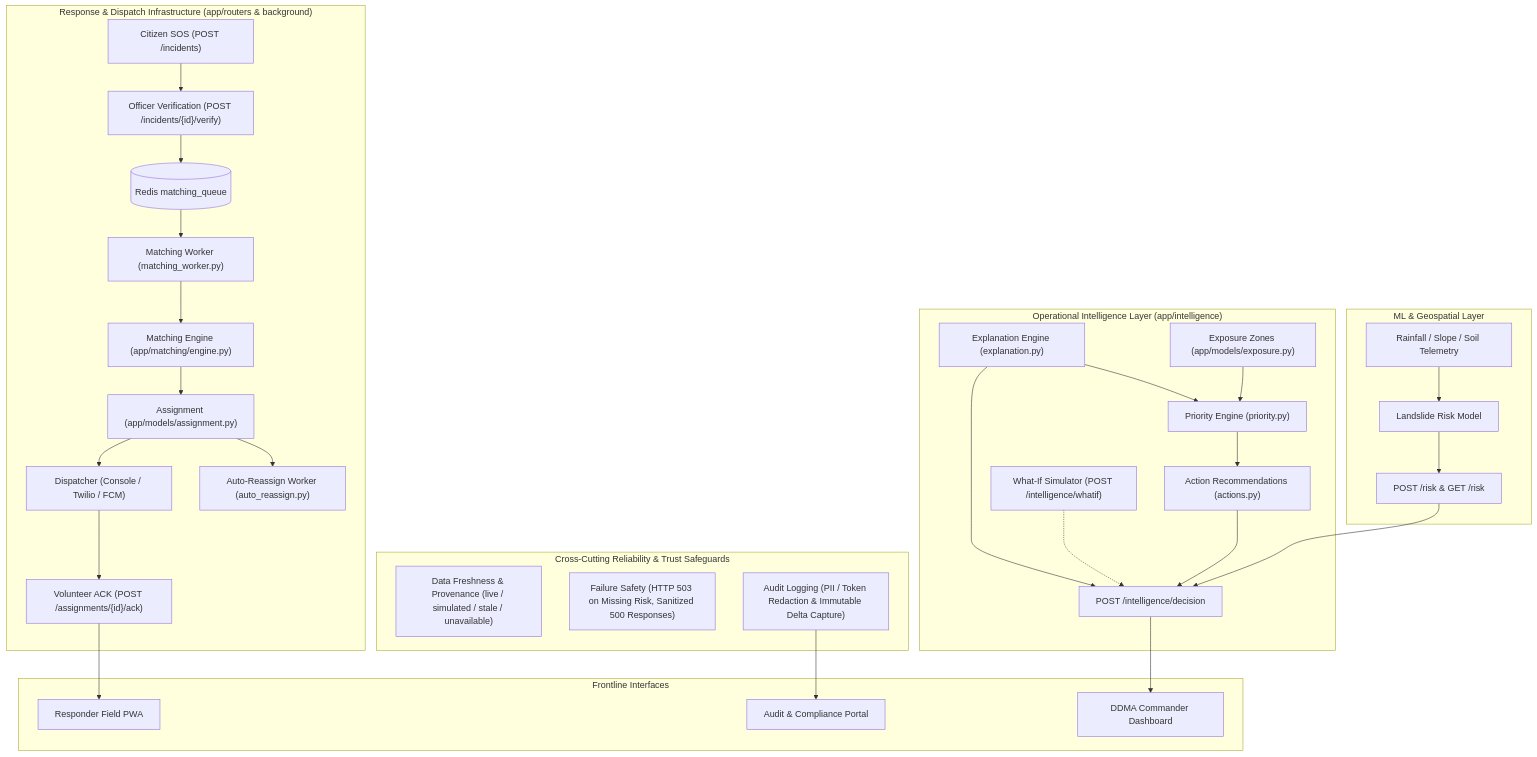
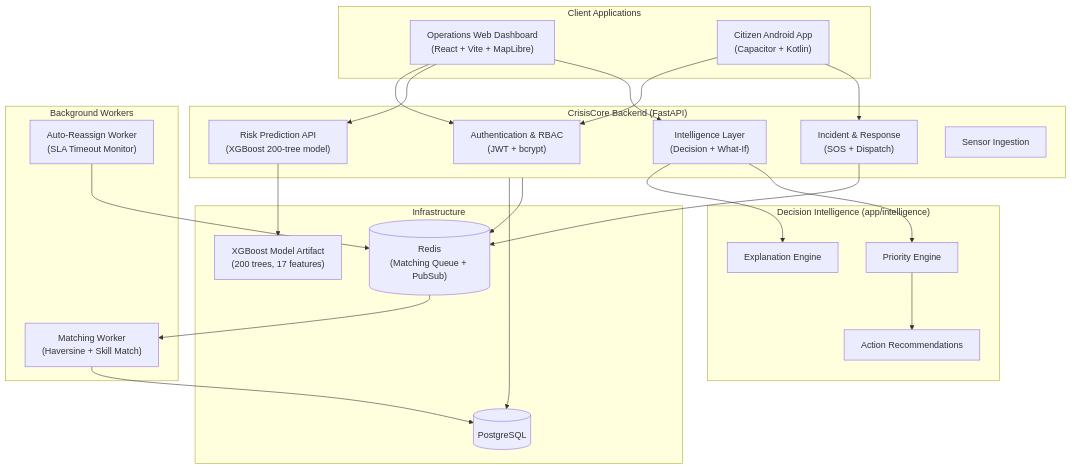
One commit to aryankalpeshchavan-glitch/Samvedna-SIH2026 changed the first of 3 diagrams in README.md. Above: the diagram before and after it, drawn with Mermaid. The commit also changed other lines of this file, not shown here.

````diff
--- a/README.md
+++ b/README.md
@@ -101,43 +115,51 @@
 ```mermaid
 flowchart TD
-    subgraph CrossCutting ["Cross-Cutting Reliability & Trust Safeguards"]
-        Freshness["Data Freshness & Provenance (live / simulated / stale / unavailable)"]
-        FailSafe["Failure Safety (HTTP 503 on Missing Risk, Sanitized 500 Responses)"]
-        AuditLock["Audit Logging (PII / Token Redaction & Immutable Delta Capture)"]
+    subgraph Clients ["Client Applications"]
+        OpsWeb["Operations Web Dashboard<br/>(React + Vite + MapLibre)"]
+        CitizenApp["Citizen Android App<br/>(Capacitor + Kotlin)"]
     end
 
-    subgraph DataML ["ML & Geospatial Layer"]
-        Telemetry["Rainfall / Slope / Soil Telemetry"] --> MLPipeline["Landslide Risk Model"]
-        MLPipeline --> RiskContract["POST /risk & GET /risk"]
+    subgraph Backend ["CrisisCore Backend (FastAPI)"]
+        AuthRouter["Authentication & RBAC<br/>(JWT + bcrypt)"]
+        RiskRouter["Risk Prediction API<br/>(XGBoost 200-tree model)"]
+        IntelRouter["Intelligence Layer<br/>(Decision + What-If)"]
+        IncidentRouter["Incident & Response<br/>(SOS + Dispatch)"]
+        SensorRouter["Sensor Ingestion"]
     end
 
-    subgraph Intelligence ["Operational Intelligence Layer (app/intelligence)"]
-        RiskContract --> DecisionAPI["POST /intelligence/decision"]
-
-        DriverExp["Explanation Engine (explanation.py)"] --> DecisionAPI
-        ExposureStore["Exposure Zones (app/models/exposure.py)"] --> PriorityEng["Priority Engine (priority.py)"]
-        DriverExp --> PriorityEng
-
-        PriorityEng --> ActionEng["Action Recommendations (actions.py)"]
-        ActionEng --> DecisionAPI
-
-        WhatIf["What-If Simulator (POST /intelligence/whatif)"] -.-> DecisionAPI
+    subgraph Intelligence ["Decision Intelligence (app/intelligence)"]
+        ExplainEng["Explanation Engine"]
+        PriorityEng["Priority Engine"]
+        ActionEng["Action Recommendations"]
     end
 
-    subgraph Operations ["Response & Dispatch Infrastructure (app/routers & background)"]
-        CitizenSOS["Citizen SOS (POST /incidents)"] --> OfficerGate["Officer Verification (POST /incidents/{id}/verify)"]
-        OfficerGate --> RedisQ[("Redis matching_queue")]
-        RedisQ --> MatchWorker["Matching Worker (matching_worker.py)"]
-        MatchWorker --> MatchEngine["Matching Engine (app/matching/engine.py)"]
-        MatchEngine --> AssignmentStore["Assignment (app/models/assignment.py)"]
-        AssignmentStore --> Dispatcher["Dispatcher (Console / Twilio / FCM)"]
-        Dispatcher --> VolunteerACK["Volunteer ACK (POST /assignments/{id}/ack)"]
-        AssignmentStore --> AutoReassign["Auto-Reassign Worker (auto_reassign.py)"]
+    subgraph Infra ["Infrastructure"]
+        PG[("PostgreSQL")]
+        Redis[("Redis<br/>(Matching Queue + PubSub)")]
+        MLModel["XGBoost Model Artifact<br/>(200 trees, 17 features)"]
     end
 
-    subgraph DecisionView ["Frontline Interfaces"]
-        DecisionAPI --> CommanderUI["DDMA Commander Dashboard"]
-        VolunteerACK --> FieldUI["Responder Field PWA"]
-        AuditLock --> AdminAuditUI["Audit & Compliance Portal"]
+    subgraph Workers ["Background Workers"]
+        MatchWorker["Matching Worker<br/>(Haversine + Skill Match)"]
+        ReassignWorker["Auto-Reassign Worker<br/>(SLA Timeout Monitor)"]
     end
+
+    OpsWeb --> AuthRouter
+    OpsWeb --> RiskRouter
+    OpsWeb --> IntelRouter
+    CitizenApp --> AuthRouter
+    CitizenApp --> IncidentRouter
+
+    RiskRouter --> MLModel
+    IntelRouter --> ExplainEng
+    IntelRouter --> PriorityEng
+    PriorityEng --> ActionEng
+
+    IncidentRouter --> Redis
+    Redis --> MatchWorker
+    MatchWorker --> PG
+
+    Backend --> PG
+    Backend --> Redis
+    ReassignWorker --> Redis
 ```
````
